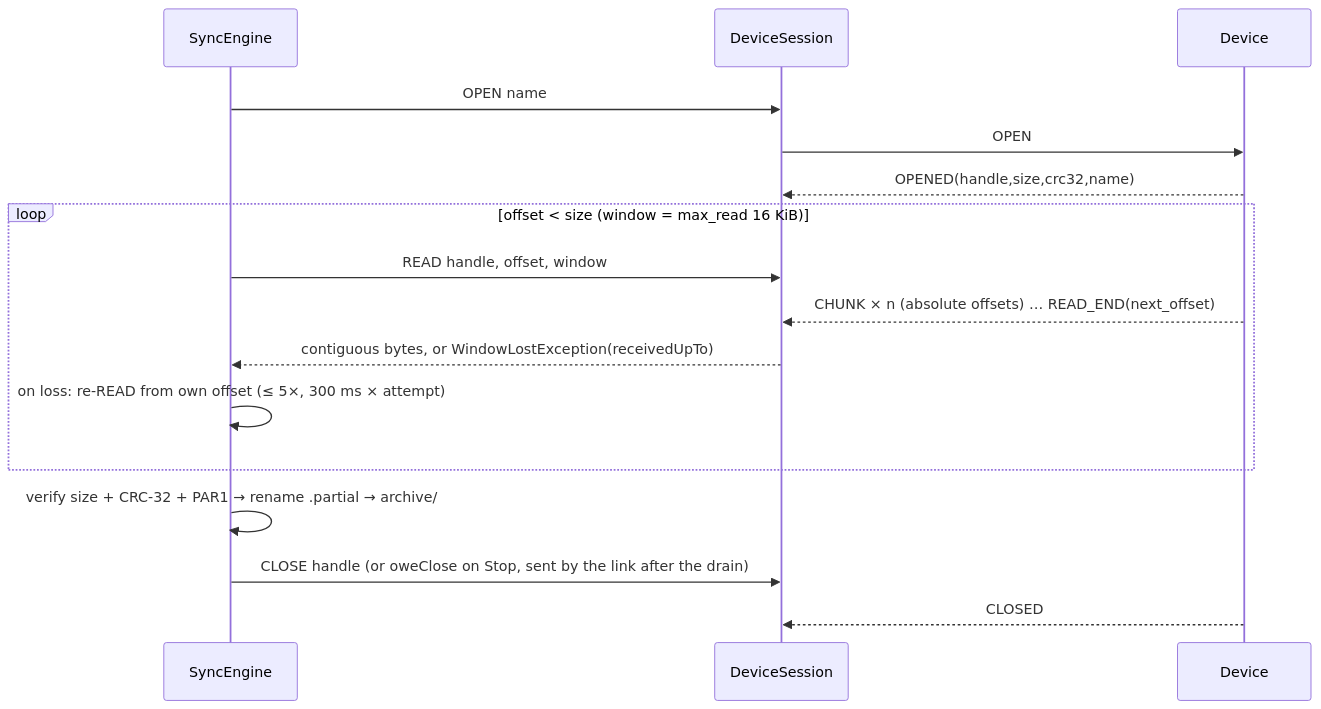
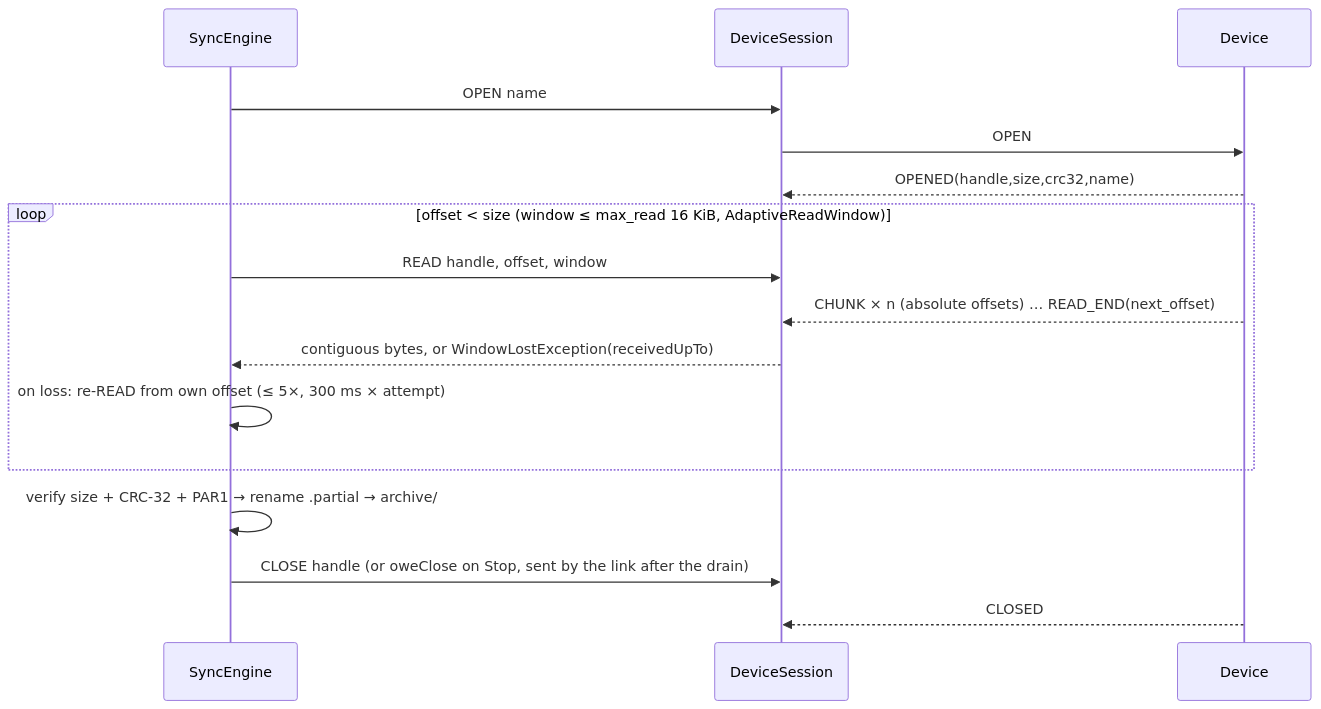
Before and after one commit to walkthru-earth/opensensor-space-mobile: the first of 3 diagrams in docs/sync-engine.md, drawn with Mermaid. The commit also changed other lines of this file and 23 other files, not shown here.

First line of the commit message:
Bound sync and history memory, adapt the READ window per link (#98) (#134)

````diff
--- a/docs/sync-engine.md
+++ b/docs/sync-engine.md
@@ -53,18 +53,18 @@
 ```mermaid
 sequenceDiagram
   participant E as SyncEngine
   participant S as DeviceSession
   participant D as Device
   E->>S: OPEN name
   S->>D: OPEN
   D-->>S: OPENED(handle,size,crc32,name)
-  loop offset < size (window = max_read 16 KiB)
+  loop offset < size (window ≤ max_read 16 KiB, AdaptiveReadWindow)
     E->>S: READ handle, offset, window
     D-->>S: CHUNK × n (absolute offsets) … READ_END(next_offset)
     S-->>E: contiguous bytes, or WindowLostException(receivedUpTo)
     E->>E: on loss: re-READ from own offset (≤ 5×, 300 ms × attempt)
   end
   E->>E: verify size + CRC-32 + PAR1 → rename .partial → archive/
   E->>S: CLOSE handle (or oweClose on Stop, sent by the link after the drain)
   D-->>S: CLOSED
 ```
````
